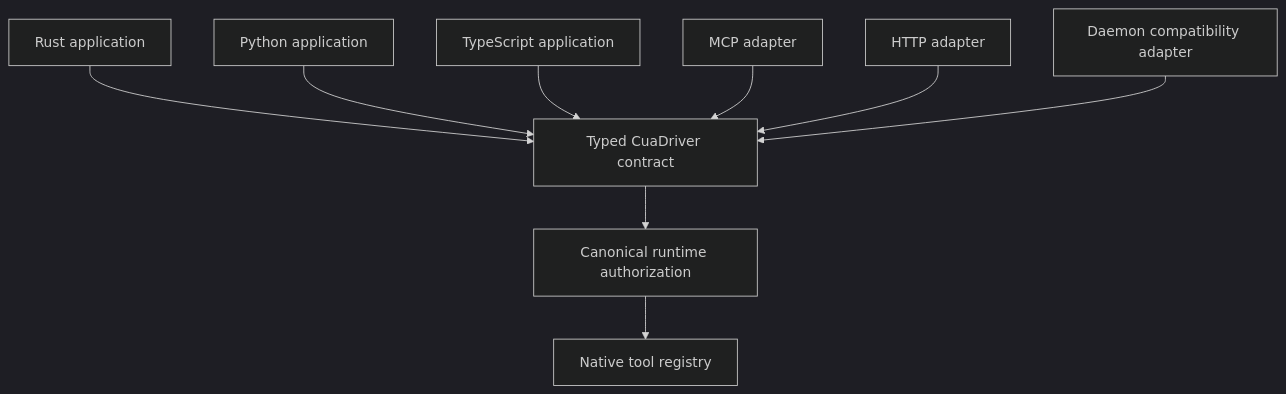
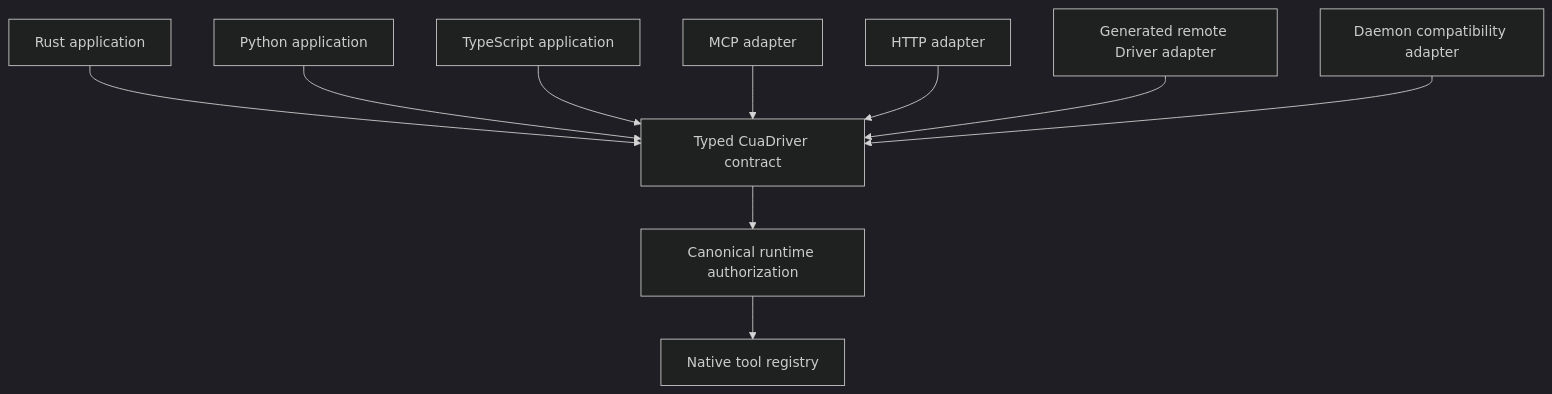
One commit to trycua/cua changed the third of 8 diagrams in rfcs/2549-cua-driver-sdk-owned-runtime.md. Above: the diagram before and after it, drawn with Mermaid (dark theme). The commit also changed other lines of this file and 1 other file, not shown here.

Commit message:
docs: keep remote transports outside Cua Driver core

````diff
--- a/rfcs/2549-cua-driver-sdk-owned-runtime.md
+++ b/rfcs/2549-cua-driver-sdk-owned-runtime.md
@@ -344,21 +359,23 @@
 ```mermaid
 flowchart TB
     RUST["Rust application"]
     PY["Python application"]
     TS["TypeScript application"]
     MCP["MCP adapter"]
     HTTP["HTTP adapter"]
+    REMOTE["Generated remote Driver adapter"]
     SERVICE["Daemon compatibility adapter"]
 
     SDK["Typed CuaDriver contract"]
     AUTH["Canonical runtime authorization"]
     TOOLS["Native tool registry"]
 
     RUST --> SDK
     PY --> SDK
     TS --> SDK
     MCP --> SDK
     HTTP --> SDK
+    REMOTE --> SDK
     SERVICE --> SDK
     SDK --> AUTH --> TOOLS
 ```
````
